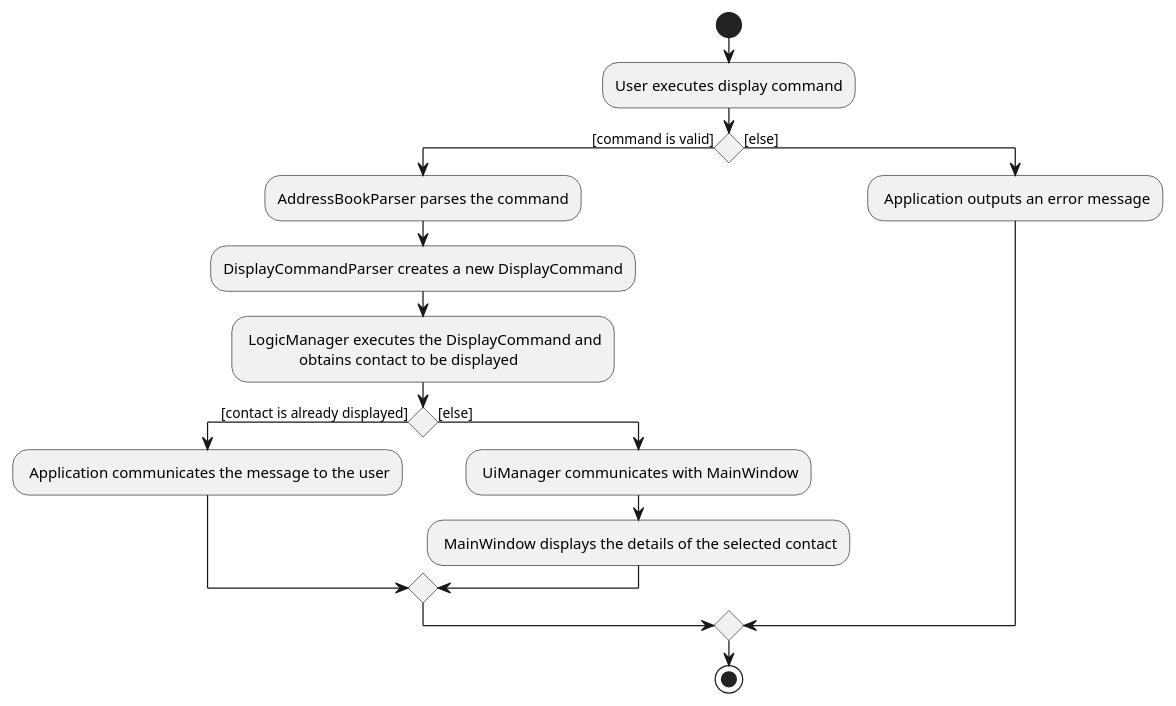
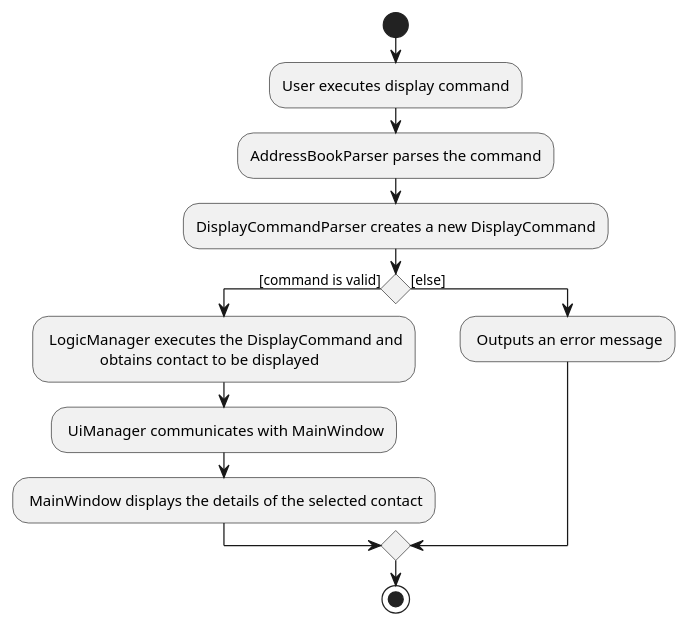
The diagram in docs/diagrams/DisplayActivityDiagram.puml (pranav-ganesh/tp), drawn with PlantUML before and after one commit. The commit also changed 3 other files, not shown here.

```diff
--- a/docs/diagrams/DisplayActivityDiagram.puml
+++ b/docs/diagrams/DisplayActivityDiagram.puml
@@ -1,23 +1,19 @@
 @startuml
 start
 :User executes display command;
 
 'Since the beta syntax does not support placing the condition outside the
 'diamond we place it as the true branch instead.
 
+:AddressBookParser parses the command;
+:DisplayCommandParser creates a new DisplayCommand;
 if () then ([command is valid])
-    :AddressBookParser parses the command;
-    :DisplayCommandParser creates a new DisplayCommand;
     : LogicManager executes the DisplayCommand and
                   obtains contact to be displayed;
-    if () then ([contact is already displayed])
-        : Application communicates the message to the user;
-    else ([else])
-        : UiManager communicates with MainWindow;
+    : UiManager communicates with MainWindow;
         : MainWindow displays the details of the selected contact;
-    endif
 else ([else])
-    : Application outputs an error message;
+    : Outputs an error message;
 endif
 stop
 @enduml
```
